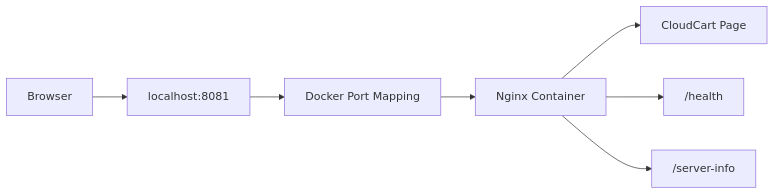
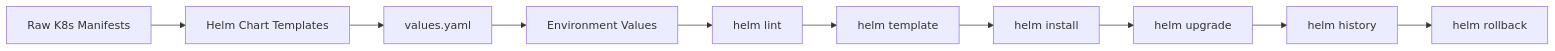
Before and after one commit to anshu-sharma-devops/cloudcart-production-devops-platform: diagram 11 of 11 in README.md, drawn with Mermaid. The commit also changed other lines of this file and 1 other file, not shown here.

````diff
--- a/README.md
+++ b/README.md
@@ -345,9 +724,12 @@
 ```mermaid
 flowchart LR
-    Browser["Browser"] --> Port["localhost:8081"]
-    Port --> Docker["Docker Port Mapping"]
-    Docker --> Nginx["Nginx Container"]
-    Nginx --> Page["CloudCart Page"]
-    Nginx --> Health["/health"]
-    Nginx --> Info["/server-info"]
+    Raw["Raw K8s Manifests"] --> Chart["Helm Chart Templates"]
+    Chart --> Values["values.yaml"]
+    Values --> Env["Environment Values"]
+    Env --> Lint["helm lint"]
+    Lint --> Tmpl["helm template"]
+    Tmpl --> Install["helm install"]
+    Install --> Upgrade["helm upgrade"]
+    Upgrade --> Hist["helm history"]
+    Hist --> Rollback["helm rollback"]
 ```
````
